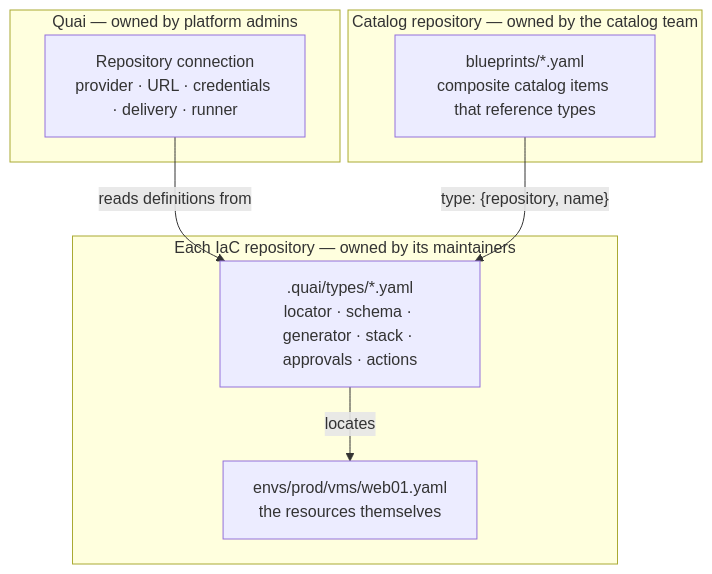
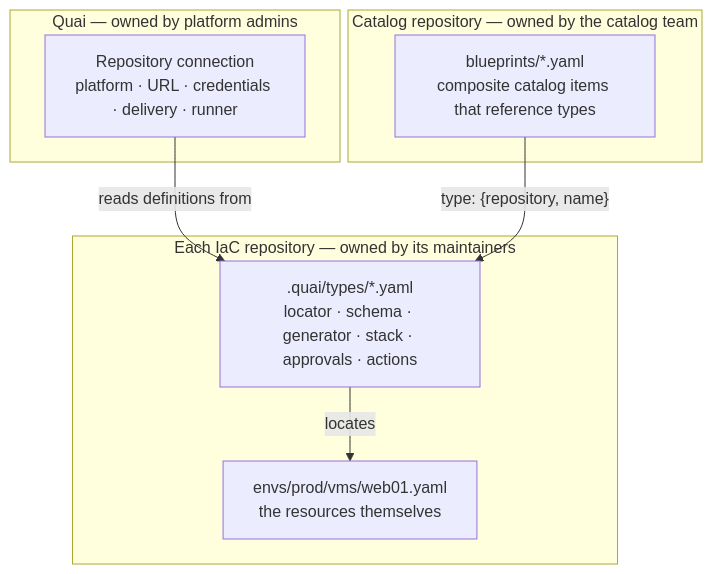
One commit to damhau/quai changed the diagram in docs/design/01-repository-connections.md. Above: the diagram before and after it, drawn with Mermaid. The commit also changed other lines of this file and 14 other files, not shown here.

````diff
--- a/docs/design/01-repository-connections.md
+++ b/docs/design/01-repository-connections.md
@@ -23,16 +23,16 @@
 ```mermaid
 flowchart TB
   subgraph Q[Quai — owned by platform admins]
-    RC[Repository connection<br/>provider · URL · credentials · delivery · runner]
+    RC[Repository connection<br/>platform · URL · credentials · delivery · runner]
   end
   subgraph IAC[Each IaC repository — owned by its maintainers]
     DEF[.quai/types/*.yaml<br/>locator · schema · generator · stack · approvals · actions]
     FILES[envs/prod/vms/web01.yaml<br/>the resources themselves]
   end
   subgraph CAT[Catalog repository — owned by the catalog team]
     BP[blueprints/*.yaml<br/>composite catalog items that reference types]
   end
   RC -->|reads definitions from| DEF
   DEF -->|locates| FILES
   BP -->|"type: {repository, name}"| DEF
 ```
````
